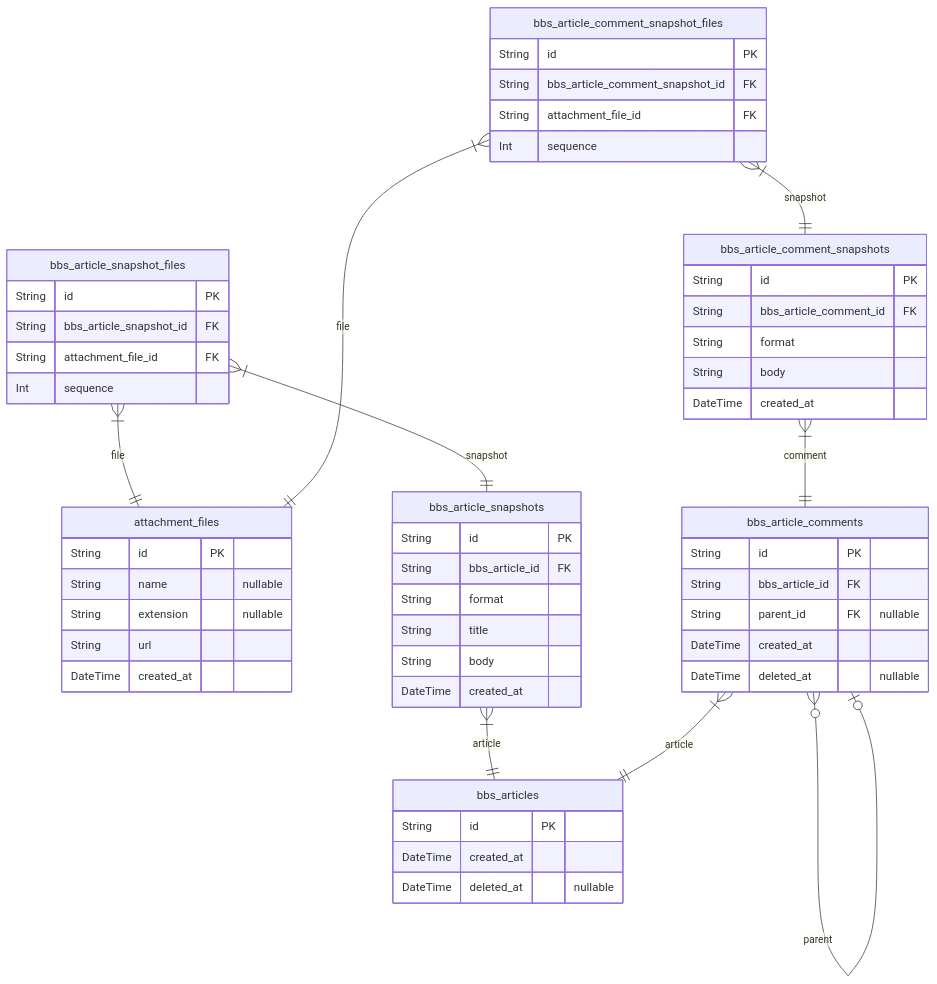
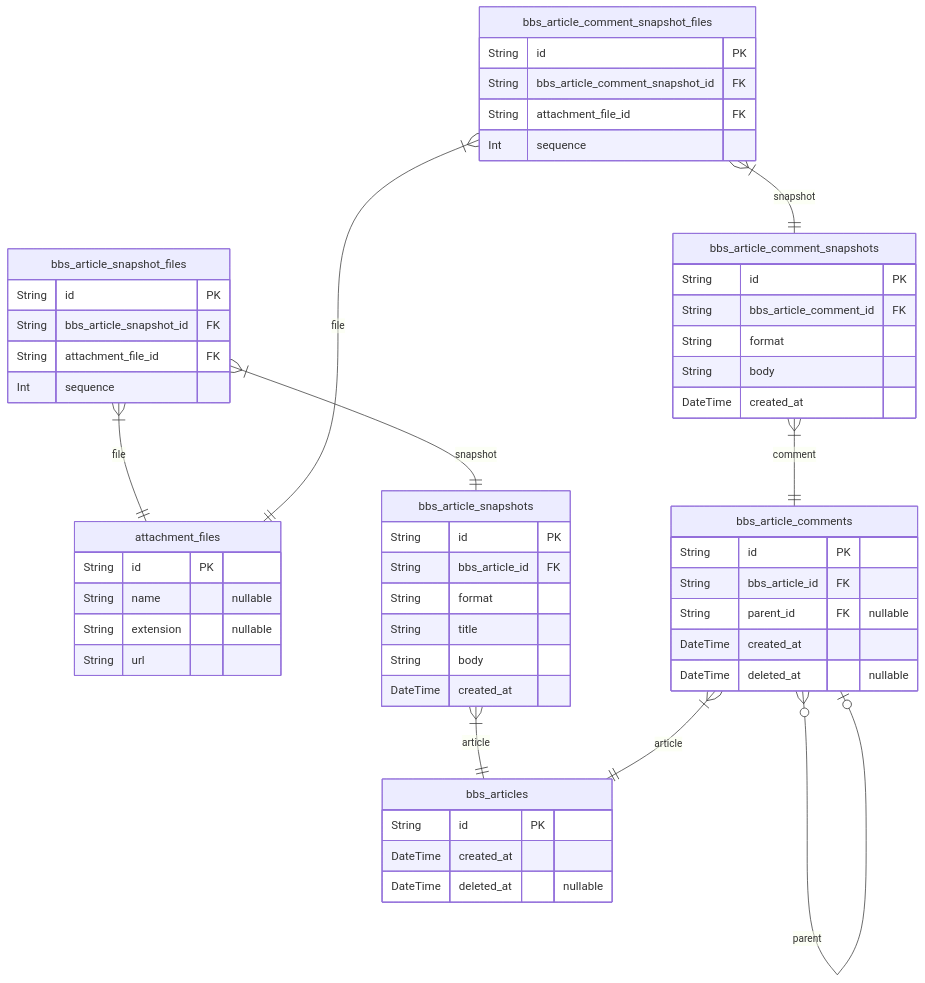
One commit to samchon/shopping-backend changed the first of 10 diagrams in docs/ERD.md. Above: the diagram before and after it, drawn with Mermaid. The commit also changed other lines of this file and 27 other files, not shown here.

First line of the commit message:
Revise ERD and starts writing descriptions on DTO.

````diff
--- a/docs/ERD.md
+++ b/docs/ERD.md
@@ -15,57 +16,56 @@
 ```mermaid
 erDiagram
-attachment_files {
+"attachment_files" {
     String id PK
     String name "nullable"
     String extension "nullable"
     String url
-    DateTime created_at
 }
-bbs_articles {
+"bbs_articles" {
     String id PK
     DateTime created_at
     DateTime deleted_at "nullable"
 }
-bbs_article_snapshots {
+"bbs_article_snapshots" {
     String id PK
     String bbs_article_id FK
     String format
     String title
     String body
     DateTime created_at
 }
-bbs_article_snapshot_files {
+"bbs_article_snapshot_files" {
     String id PK
     String bbs_article_snapshot_id FK
     String attachment_file_id FK
     Int sequence
 }
-bbs_article_comments {
+"bbs_article_comments" {
     String id PK
     String bbs_article_id FK
     String parent_id FK "nullable"
     DateTime created_at
     DateTime deleted_at "nullable"
 }
-bbs_article_comment_snapshots {
+"bbs_article_comment_snapshots" {
     String id PK
     String bbs_article_comment_id FK
     String format
     String body
     DateTime created_at
 }
-bbs_article_comment_snapshot_files {
+"bbs_article_comment_snapshot_files" {
     String id PK
     String bbs_article_comment_snapshot_id FK
     String attachment_file_id FK
     Int sequence
 }
-bbs_article_snapshots }|--|| bbs_articles : article
-bbs_article_snapshot_files }|--|| bbs_article_snapshots : snapshot
-bbs_article_snapshot_files }|--|| attachment_files : file
-bbs_article_comments }|--|| bbs_articles : article
-bbs_article_comments }o--o| bbs_article_comments : parent
-bbs_article_comment_snapshots }|--|| bbs_article_comments : comment
-bbs_article_comment_snapshot_files }|--|| bbs_article_comment_snapshots : snapshot
-bbs_article_comment_snapshot_files }|--|| attachment_files : file
+"bbs_article_snapshots" }|--|| "bbs_articles" : article
+"bbs_article_snapshot_files" }|--|| "bbs_article_snapshots" : snapshot
+"bbs_article_snapshot_files" }|--|| "attachment_files" : file
+"bbs_article_comments" }|--|| "bbs_articles" : article
+"bbs_article_comments" }o--o| "bbs_article_comments" : parent
+"bbs_article_comment_snapshots" }|--|| "bbs_article_comments" : comment
+"bbs_article_comment_snapshot_files" }|--|| "bbs_article_comment_snapshots" : snapshot
+"bbs_article_comment_snapshot_files" }|--|| "attachment_files" : file
 ```
````
